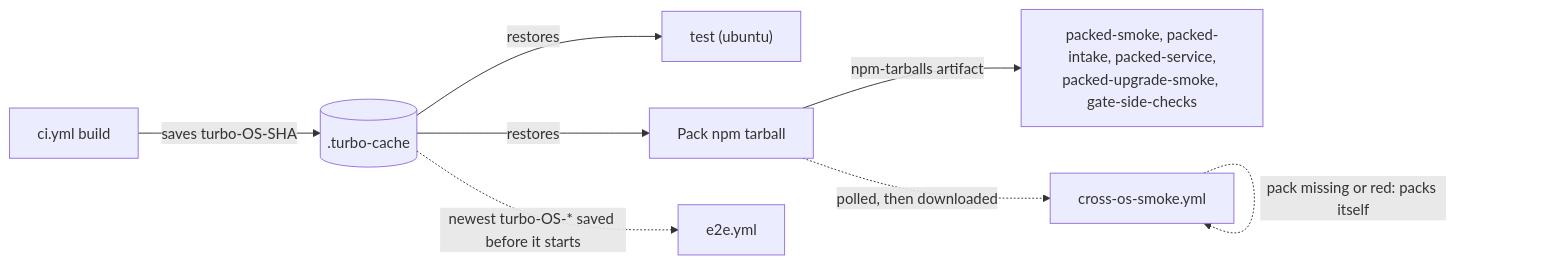
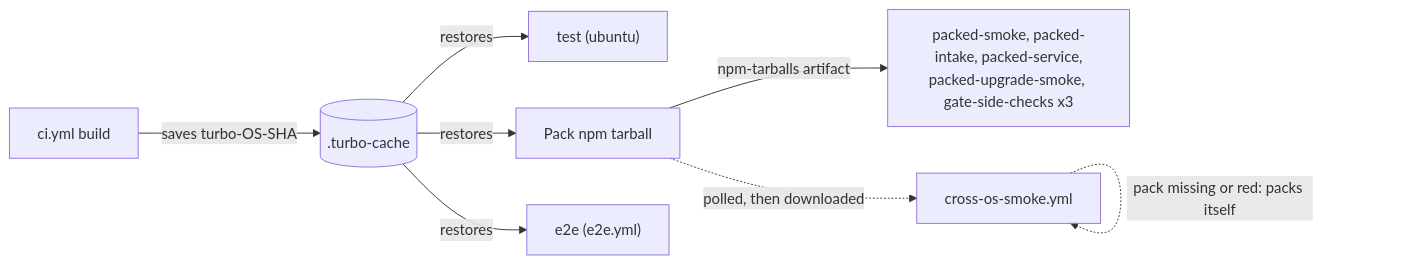
One commit to prismalens/prismalens changed the diagram in .github/workflows/README.md. Above: the diagram before and after it, drawn with Mermaid. The commit also changed other lines of this file and 25 other files, not shown here.

````diff
--- a/.github/workflows/README.md
+++ b/.github/workflows/README.md
@@ -53,10 +61,10 @@
 ```mermaid
 flowchart LR
     build["ci.yml build"] -- "saves turbo-OS-SHA" --> cache[(".turbo-cache")]
     cache -- "restores" --> test["test (ubuntu)"]
     cache -- "restores" --> pack["Pack npm tarball"]
-    cache -. "newest turbo-OS-* saved before it starts" .-> e2e["e2e.yml"]
-    pack -- "npm-tarballs artifact" --> packed["packed-smoke, packed-intake, packed-service,<br/>packed-upgrade-smoke, gate-side-checks"]
+    cache -- "restores" --> e2e["e2e (e2e.yml)"]
+    pack -- "npm-tarballs artifact" --> packed["packed-smoke, packed-intake, packed-service,<br/>packed-upgrade-smoke, gate-side-checks x3"]
     pack -. "polled, then downloaded" .-> xos["cross-os-smoke.yml"]
     xos -. "pack missing or red: packs itself" .-> xos
 ```
````
